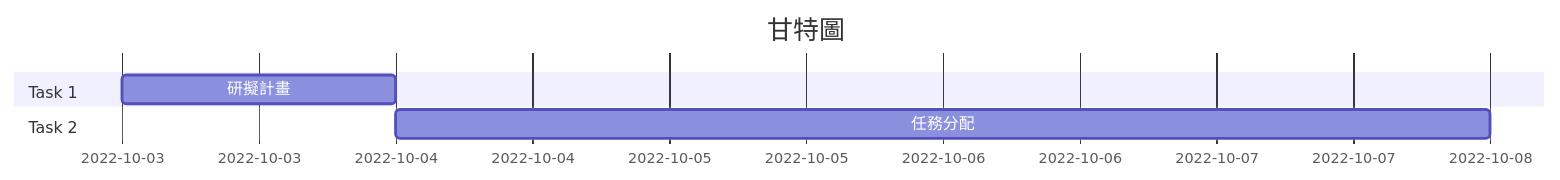
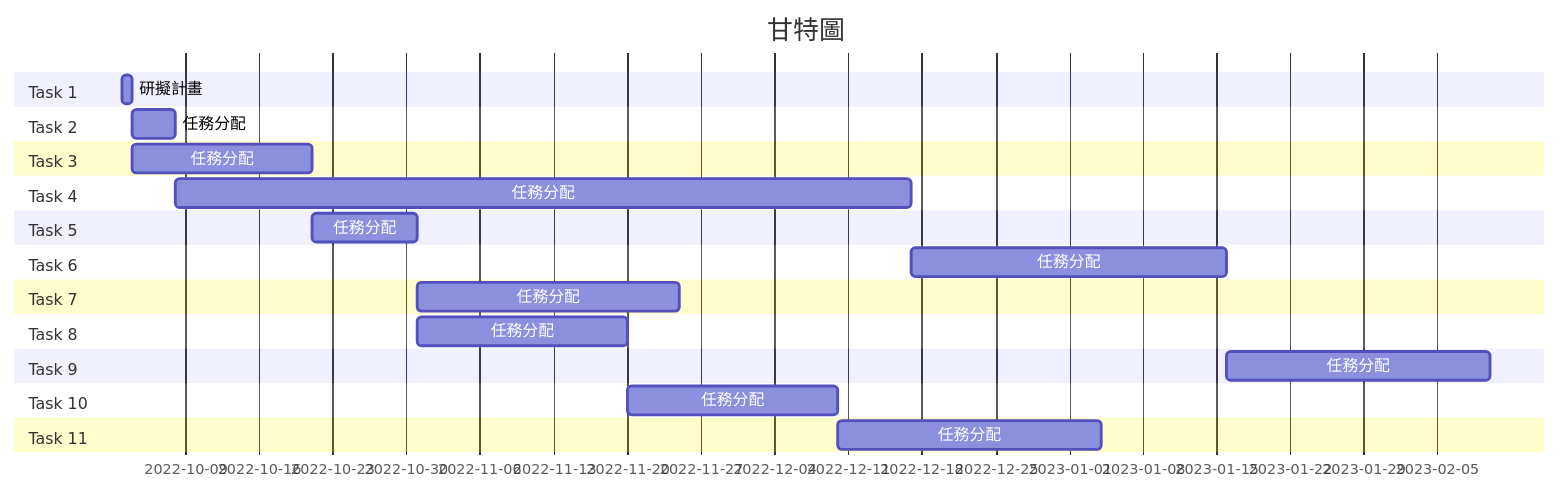
Before and after one commit to woni1215/System-analysis: the diagram in hw2.md, drawn with Mermaid.

Commit message:
甘特圖

````diff
--- a/hw2.md
+++ b/hw2.md
@@ -3,9 +3,27 @@
 ```mermaid
 gantt
     title 甘特圖
     dateFormat  YYYY-MM-DD
     section Task 1
     研擬計畫 :t1 , 2022-10-03 , 1d
     section Task 2
     任務分配 :t2 , after t1 , 4d
+    section Task 3
+    任務分配 :t3 , after t1 , 17d
+    section Task 4
+    任務分配 :t4 , after t2 , 70d
+    section Task 5
+    任務分配 :t5 , after t3 , 10d
+    section Task 6
+    任務分配 :t6 , after t4 , 30d
+    section Task 7
+    任務分配 :t7 , after t5 , 25d
+    section Task 8
+    任務分配 :t8 , after t5 , 20d
+    section Task 9
+    任務分配 :t9 , after t6 , 25d
+    section Task 10
+    任務分配 :t10 , after t8 , 20d
+    section Task 11
+    任務分配 :t11 , after t10 , 25d
 ```
````
